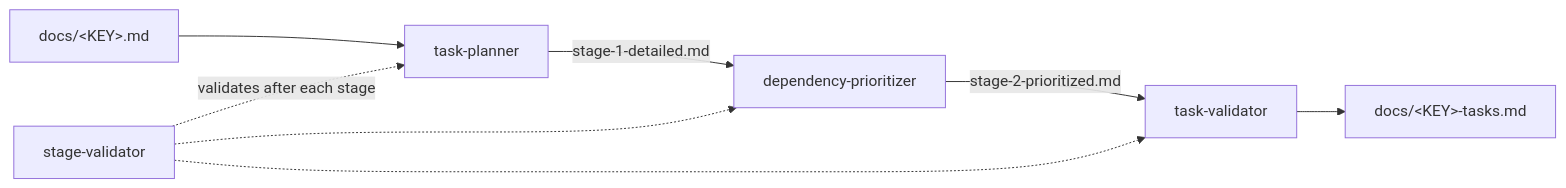
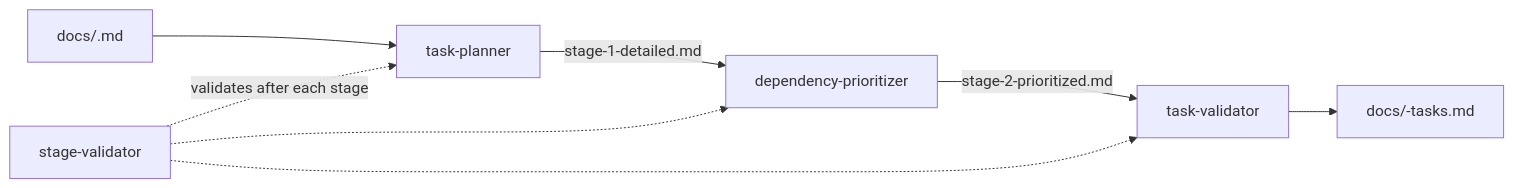
Before and after one commit to b-mendoza/agent-skills: the first of 6 diagrams in docs/orchestrating-jira-workflow/01-pipeline-and-phases.md, drawn with Mermaid. The commit also changed other lines of this file and 5 other files, not shown here.

First line of the commit message:
docs(orchestrating-jira-workflow): update architecture docs for 7-phase pipeline

````diff
--- a/docs/orchestrating-jira-workflow/01-pipeline-and-phases.md
+++ b/docs/orchestrating-jira-workflow/01-pipeline-and-phases.md
@@ -64,11 +67,11 @@
 ```mermaid
 flowchart LR
-    IN["docs/&lt;KEY&gt;.md"] --> TP["task-planner"]
+    IN["docs/<KEY>.md"] --> TP["task-planner"]
     TP -->|"stage-1-detailed.md"| DP["dependency-prioritizer"]
     DP -->|"stage-2-prioritized.md"| TV["task-validator"]
-    TV --> OUT["docs/&lt;KEY&gt;-tasks.md"]
+    TV --> OUT["docs/<KEY>-tasks.md"]
 
     SV["stage-validator"] -.->|"validates after each stage"| TP
     SV -.-> DP
     SV -.-> TV
 ```
````
